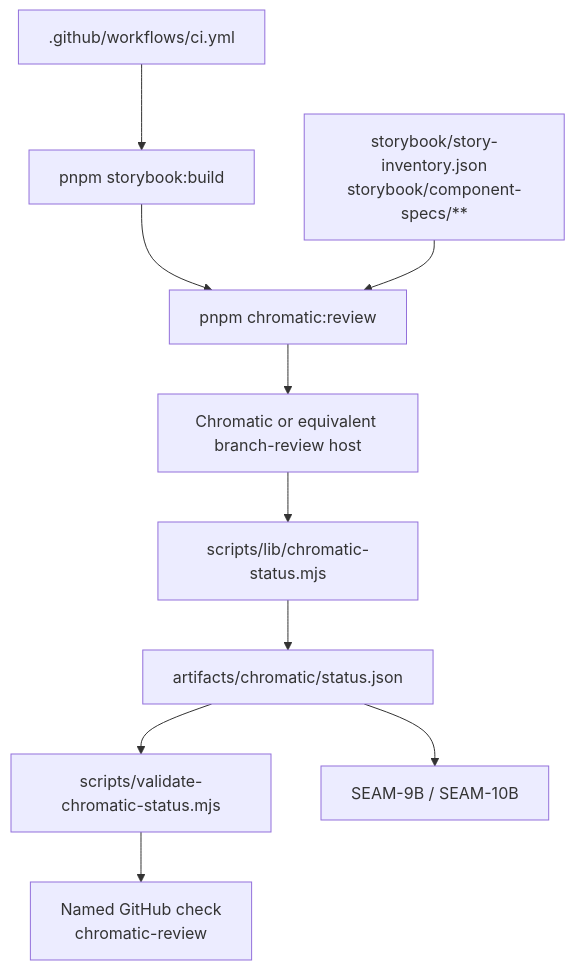
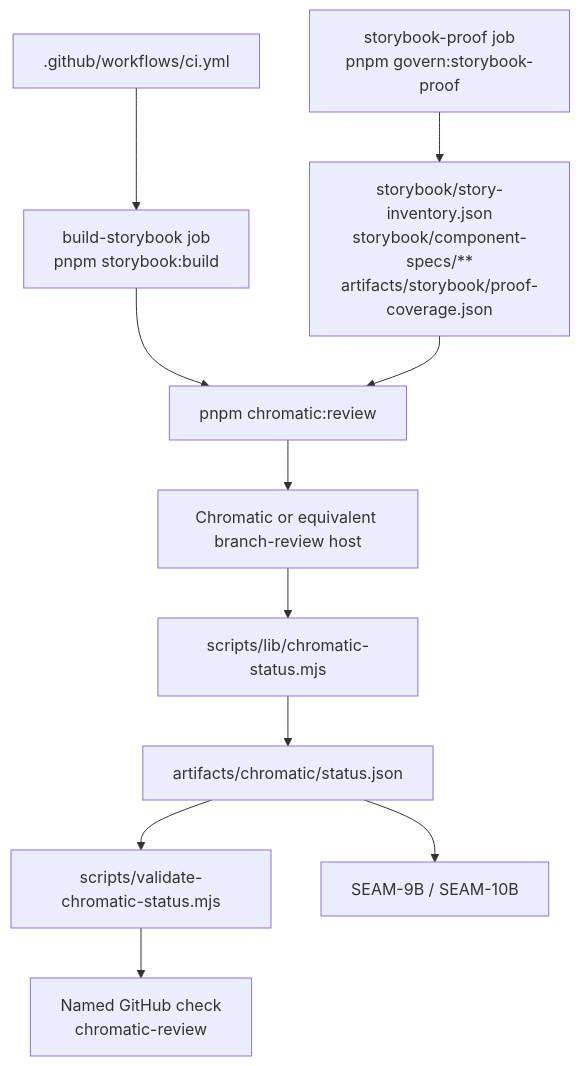
Before and after one commit to atomize-hq/collider: the second of 4 diagrams in harness-future-rails/threaded-seams/seam-8b-branch-aware-visual-review-convergence/review.md, drawn with Mermaid. The commit also changed other lines of this file and 11 other files, not shown here.

````diff
--- a/harness-future-rails/threaded-seams/seam-8b-branch-aware-visual-review-convergence/review.md
+++ b/harness-future-rails/threaded-seams/seam-8b-branch-aware-visual-review-convergence/review.md
@@ -30,12 +31,13 @@
 ```mermaid
 flowchart TB
-  Workflow[".github/workflows/ci.yml"] --> BuildCmd["pnpm storybook:build"]
+  ProofGate["storybook-proof job<br/>pnpm govern:storybook-proof"] --> Inventory["storybook/story-inventory.json<br/>storybook/component-specs/**<br/>artifacts/storybook/proof-coverage.json"]
+  Workflow[".github/workflows/ci.yml"] --> BuildCmd["build-storybook job<br/>pnpm storybook:build"]
   BuildCmd --> PublishCmd["pnpm chromatic:review"]
-  Inventory["storybook/story-inventory.json<br/>storybook/component-specs/**"] --> PublishCmd
+  Inventory --> PublishCmd
   PublishCmd --> Vendor["Chromatic or equivalent branch-review host"]
   Vendor --> Normalizer["scripts/lib/chromatic-status.mjs"]
   Normalizer --> Artifact["artifacts/chromatic/status.json"]
   Artifact --> Validator["scripts/validate-chromatic-status.mjs"]
   Validator --> Check["Named GitHub check<br/>chromatic-review"]
   Artifact --> Consumers["SEAM-9B / SEAM-10B"]
 ```
````
